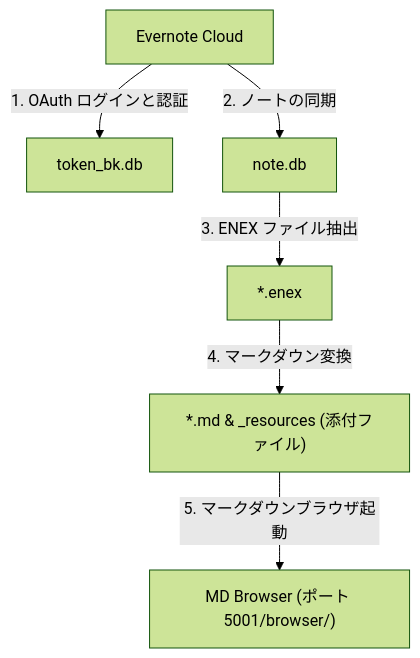
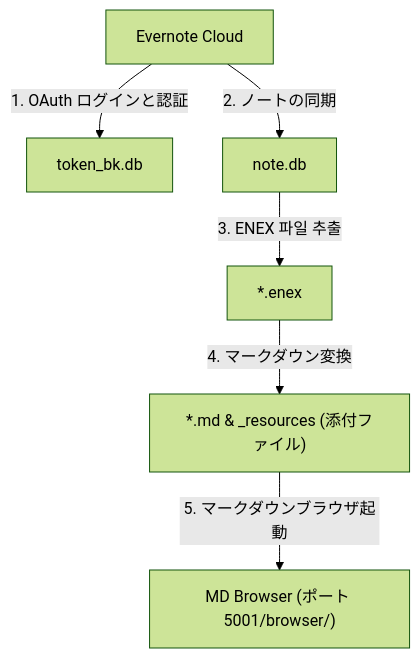
Before and after one commit to wangsung/EvBackup: the diagram in docs/README.ja.md, drawn with Mermaid (forest theme). The commit also changed other lines of this file and 5 other files, not shown here.

Commit message:
docs: Rearrange System Architecture section before Features in all 6 languages of READMEs

````diff
--- a/docs/README.ja.md
+++ b/docs/README.ja.md
@@ -11,8 +43,8 @@
 ```mermaid
 graph TD
     A["Evernote Cloud"] -- "1. OAuth ログインと認証" --> B["token_bk.db"]
     A -- "2. ノートの同期" --> C["note.db"]
-    C -- "3. ENEX ファイル抽出" --> D["*.enex"]
+    C -- "3. ENEX 파일 추출" --> D["*.enex"]
     D -- "4. マークダウン変換" --> E["*.md & _resources (添付ファイル)"]
     E -- "5. マークダウンブラウザ起動" --> F["MD Browser (ポート 5001/browser/)"]
 ```
````
